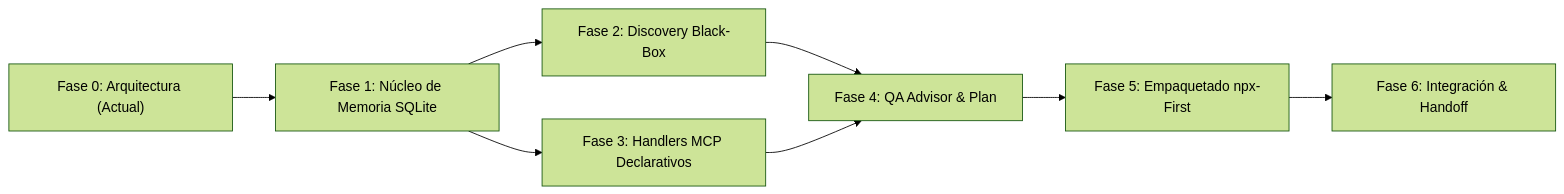
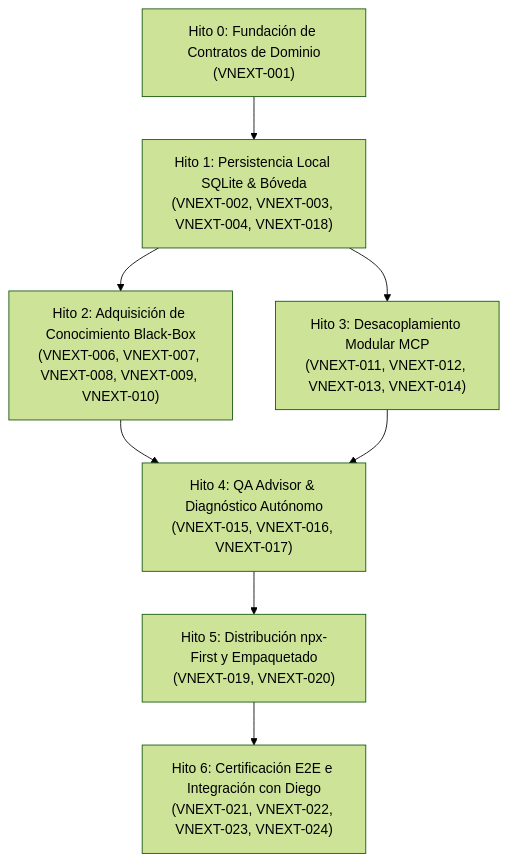
One commit to Hyouka73/QAMCP changed the diagram in docs/vnext/04_BACKLOG_Y_WBS_PRELIMINAR.md. Above: the diagram before and after it, drawn with Mermaid (forest theme). The commit also changed other lines of this file and 4 other files, not shown here.

Commit message:
docs(vnext): actualizar etapa 0 con ciclo QA autonomo, boveda escalonada y dependencias reales

````diff
--- a/docs/vnext/04_BACKLOG_Y_WBS_PRELIMINAR.md
+++ b/docs/vnext/04_BACKLOG_Y_WBS_PRELIMINAR.md
@@ -16,10 +18,10 @@
 ```mermaid
-flowchart LR
-    F0["Fase 0: Arquitectura (Actual)"] --> F1["Fase 1: Núcleo de Memoria SQLite"]
-    F1 --> F2["Fase 2: Discovery Black-Box"]
-    F1 --> F3["Fase 3: Handlers MCP Declarativos"]
-    F2 --> F4["Fase 4: QA Advisor & Plan"]
-    F3 --> F4
-    F4 --> F5["Fase 5: Empaquetado npx-First"]
-    F5 --> F6["Fase 6: Integración & Handoff"]
+flowchart TD
+    H0["Hito 0: Fundación de Contratos de Dominio<br/>(VNEXT-001)"] --> H1["Hito 1: Persistencia Local SQLite & Bóveda<br/>(VNEXT-002, VNEXT-003, VNEXT-004, VNEXT-018)"]
+    H1 --> H2["Hito 2: Adquisición de Conocimiento Black-Box<br/>(VNEXT-006, VNEXT-007, VNEXT-008, VNEXT-009, VNEXT-010)"]
+    H1 --> H3["Hito 3: Desacoplamiento Modular MCP<br/>(VNEXT-011, VNEXT-012, VNEXT-013, VNEXT-014)"]
+    H2 --> H4["Hito 4: QA Advisor & Diagnóstico Autónomo<br/>(VNEXT-015, VNEXT-016, VNEXT-017)"]
+    H3 --> H4
+    H4 --> H5["Hito 5: Distribución npx-First y Empaquetado<br/>(VNEXT-019, VNEXT-020)"]
+    H5 --> H6["Hito 6: Certificación E2E e Integración con Diego<br/>(VNEXT-021, VNEXT-022, VNEXT-023, VNEXT-024)"]
 ```
````
